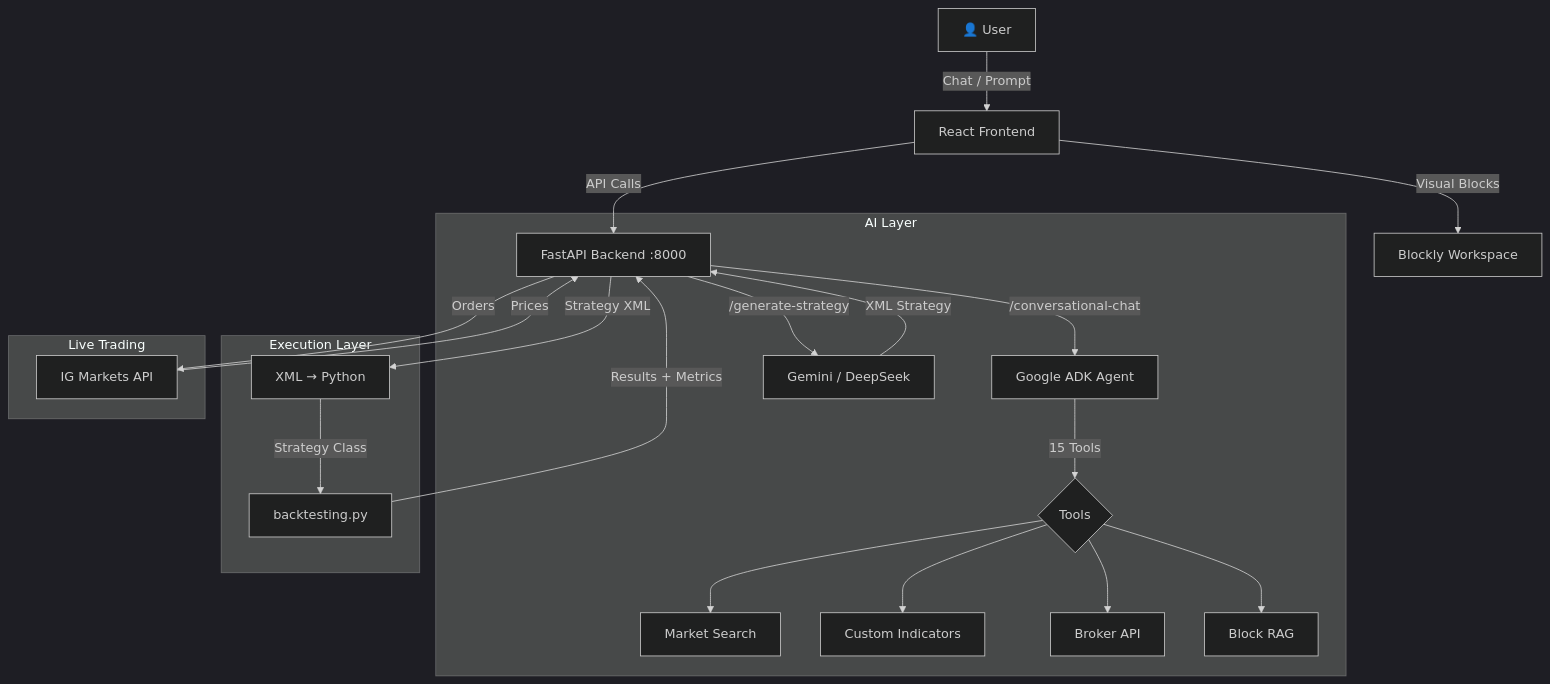
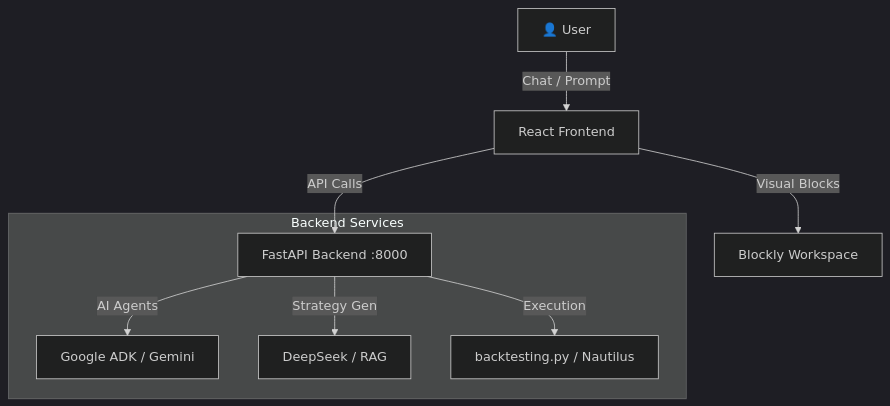
The first of 3 diagrams in README.md (sinatooor/openqnt), drawn with Mermaid (dark theme) before and after one commit. The commit also changed other lines of this file and 15 other files, not shown here.

````diff
--- a/README.md
+++ b/README.md
@@ -88,30 +96,13 @@
 ```mermaid
 graph TD
     User[👤 User] -->|Chat / Prompt| UI[React Frontend]
     UI -->|Visual Blocks| Blockly[Blockly Workspace]
     
     UI -->|API Calls| API[FastAPI Backend :8000]
     
-    subgraph "AI Layer"
-        API -->|"/conversational-chat"| ADK[Google ADK Agent]
-        ADK -->|15 Tools| Tools{Tools}
-        Tools --> Search[Market Search]
-        Tools --> Indicators[Custom Indicators]
-        Tools --> Broker[Broker API]
-        Tools --> RAG[Block RAG]
-        
-        API -->|"/generate-strategy"| LLM[Gemini / DeepSeek]
-        LLM -->|XML Strategy| API
-    end
-    
-    subgraph "Execution Layer"
-        API -->|Strategy XML| Compiler[XML → Python]
-        Compiler -->|Strategy Class| Backtest[backtesting.py]
-        Backtest -->|Results + Metrics| API
-    end
-    
-    subgraph "Live Trading"
-        API -->|Orders| IG[IG Markets API]
-        IG -->|Prices| API
+    subgraph "Backend Services"
+        API -->|AI Agents| ADK[Google ADK / Gemini]
+        API -->|Strategy Gen| LLM[DeepSeek / RAG]
+        API -->|Execution| Engines[backtesting.py / Nautilus]
     end
 ```
````
